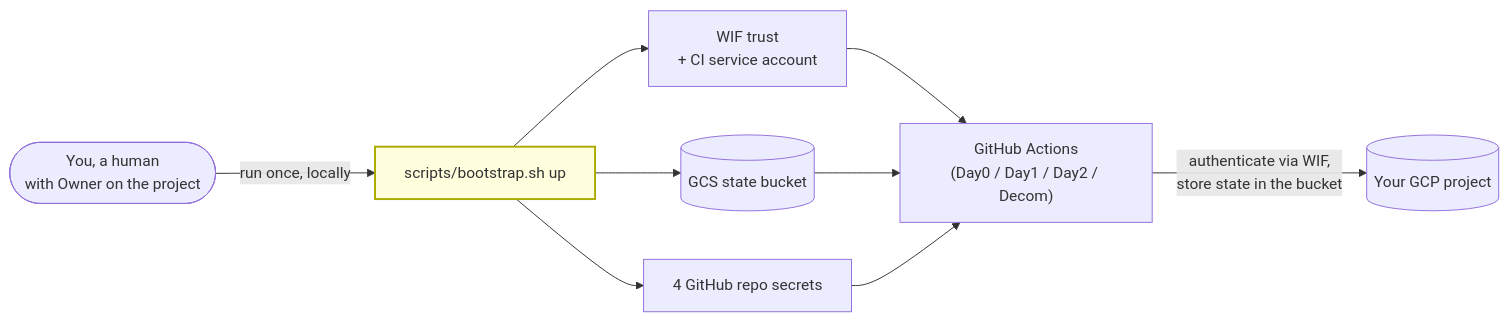
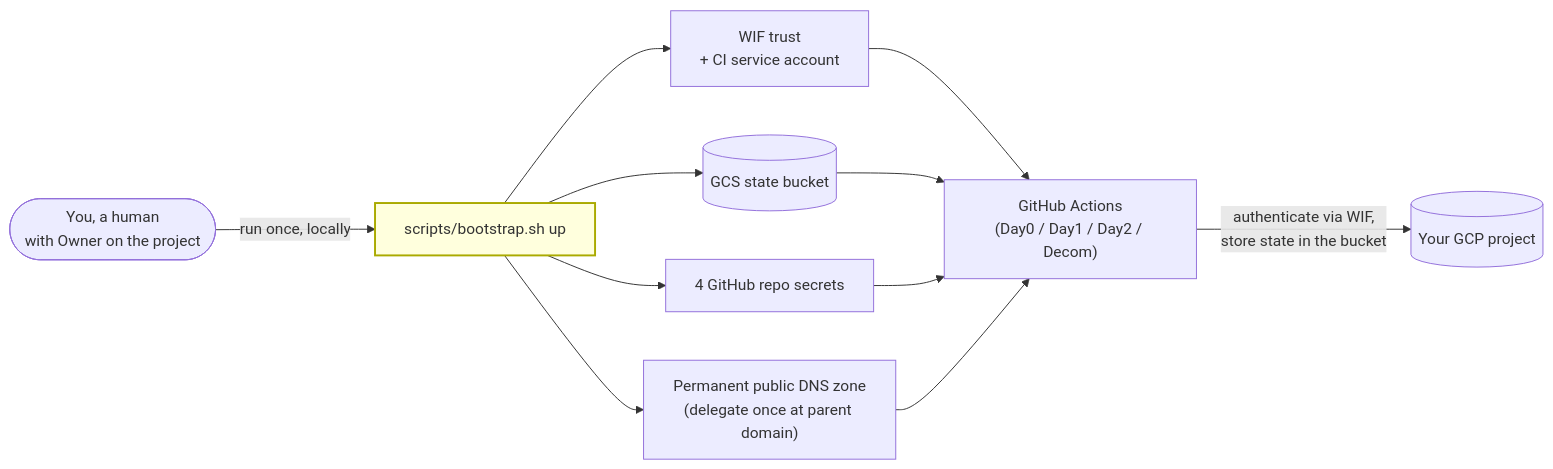
The first of 6 diagrams in docs/100-BOOTSTRAP.md (nubenetes/jenkins-2026), drawn with Mermaid before and after one commit. The commit also changed other lines of this file and 2 other files, not shown here.

Commit message:
docs: update mermaid diagrams + stale text for the permanent DNS zone
The DNS-zone-in-bootstrap change wasn't reflected in the diagrams. Add it to the
bootstrap root-of-trust + sequence diagrams (100), the Day0 phase-0 graph (102),
and a DNS-resolution subgraph to the public-access architecture (201). Fix the
stale 102 text that said the static IP is hand-wired into DNS A-records (DNS is
now Terraform-managed; only the one-time NS delegation is manual) and the 201
repo-layout lines. (The eso secrets-flow diagram in 201 was already updated.)

````diff
--- a/docs/100-BOOTSTRAP.md
+++ b/docs/100-BOOTSTRAP.md
@@ -47,11 +47,12 @@
 ```mermaid
 flowchart LR
     you([You, a human<br/>with Owner on the project]) -->|run once, locally| BS["scripts/bootstrap.sh up"]
     BS --> WIF["WIF trust<br/>+ CI service account"]
     BS --> BUCKET[("GCS state bucket")]
     BS --> SECRETS["4 GitHub repo secrets"]
-    WIF & BUCKET & SECRETS --> GHA["GitHub Actions<br/>(Day0 / Day1 / Day2 / Decom)"]
+    BS --> DNS["Permanent public DNS zone<br/>(delegate once at parent domain)"]
+    WIF & BUCKET & SECRETS & DNS --> GHA["GitHub Actions<br/>(Day0 / Day1 / Day2 / Decom)"]
     GHA -->|"authenticate via WIF,<br/>store state in the bucket"| GCP[("Your GCP project")]
     classDef seed fill:#ffd,stroke:#aa0,stroke-width:2px;
     class BS seed;
 ```
````
